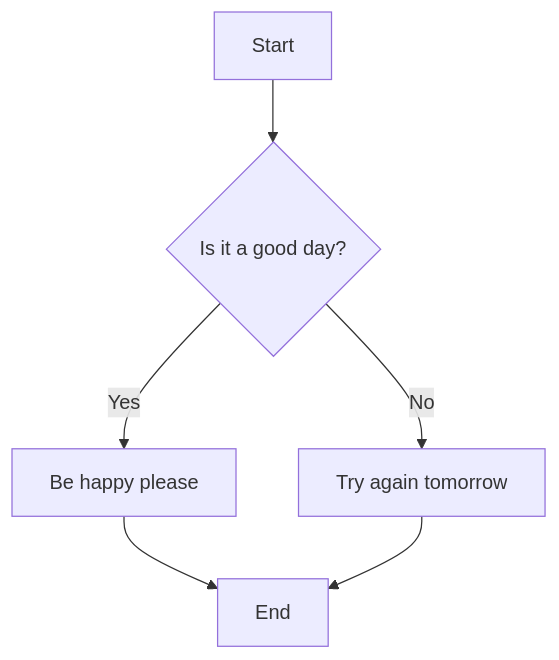
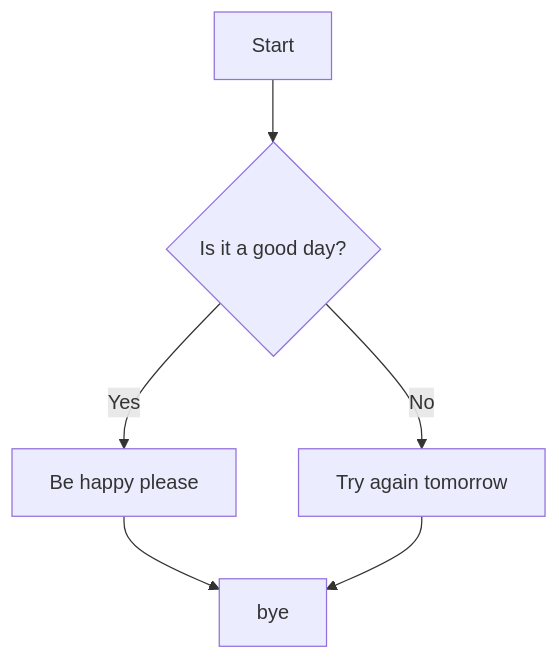
The diagram in docs/Sub-Folder1/Document-1.md (hareeshgundam33/DocAsACodeSample), drawn with Mermaid before and after one commit.

Commit message:
Initial commit (update10)

````diff
--- a/docs/Sub-Folder1/Document-1.md
+++ b/docs/Sub-Folder1/Document-1.md
@@ -1,8 +1,8 @@
 ```mermaid
 graph TD
     A[Start] --> B{Is it a good day?};
     B -- Yes --> C[Be happy please];
     B -- No --> D[Try again tomorrow];
     C --> E[End];
-    D --> E;
+    D --> E[bye];
 ```
````
